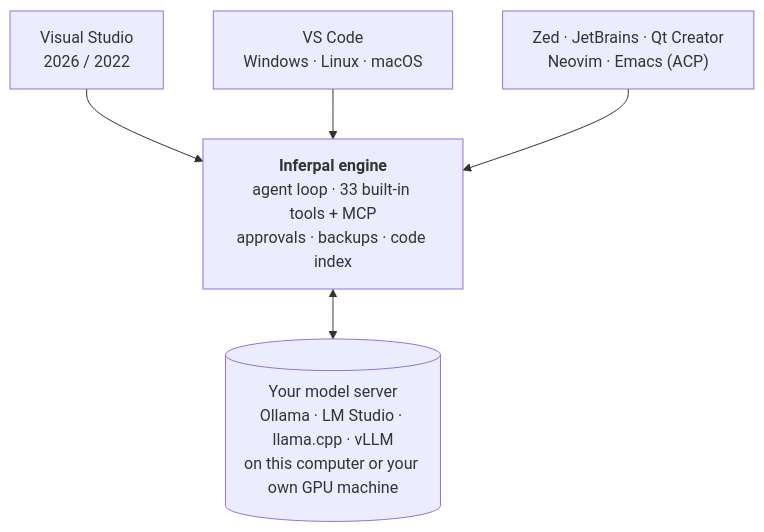
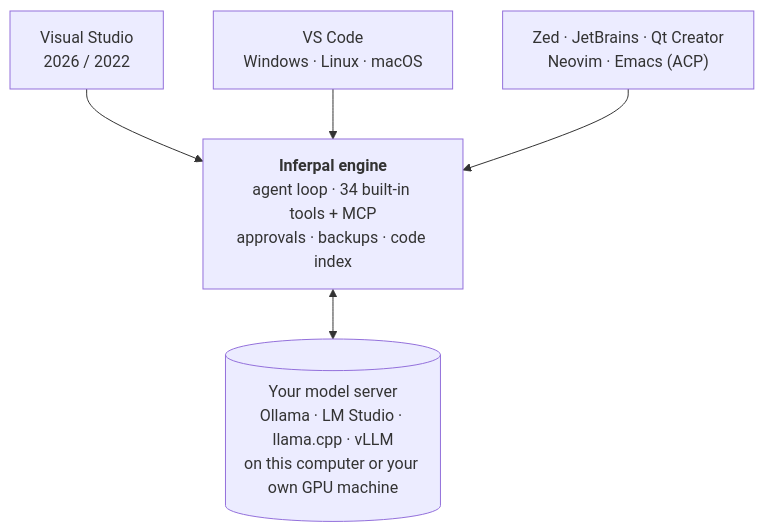
One commit to EstaxNet/Inferpal changed the second of 2 diagrams in README.md. Above: the diagram before and after it, drawn with Mermaid. The commit also changed other lines of this file and 47 other files, not shown here.

````diff
--- a/README.md
+++ b/README.md
@@ -161,10 +161,10 @@
 ```mermaid
 flowchart TB
     VS["Visual Studio<br/>2026 / 2022"]
     VSC["VS Code<br/>Windows · Linux · macOS"]
     ACP["Zed · JetBrains · Qt Creator<br/>Neovim · Emacs (ACP)"]
-    ENGINE["<b>Inferpal engine</b><br/>agent loop · 33 built-in tools + MCP<br/>approvals · backups · code index"]
+    ENGINE["<b>Inferpal engine</b><br/>agent loop · 34 built-in tools + MCP<br/>approvals · backups · code index"]
     MODEL[("Your model server<br/>Ollama · LM Studio · llama.cpp · vLLM<br/>on this computer or your own GPU machine")]
     VS & VSC & ACP --> ENGINE
     ENGINE <--> MODEL
 ```
````
